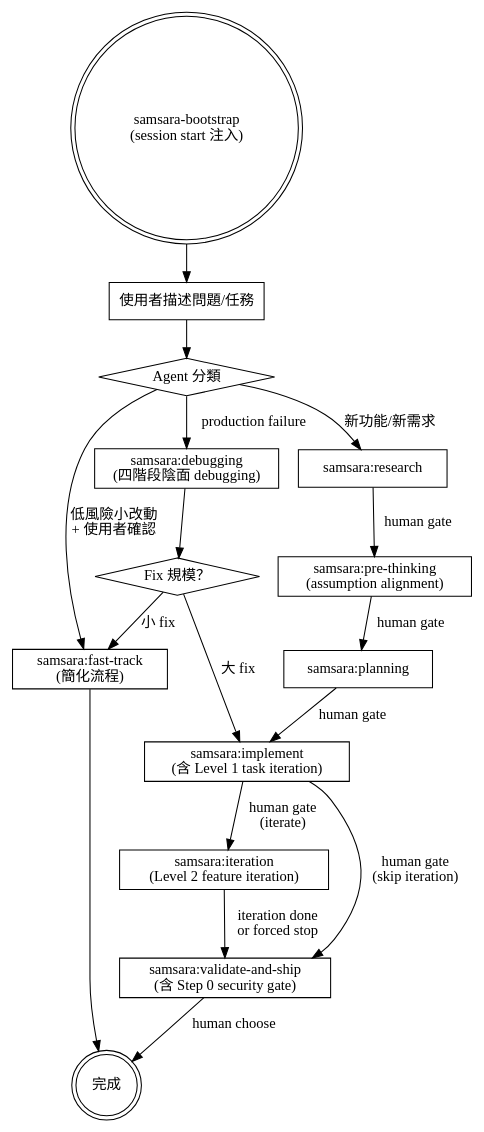
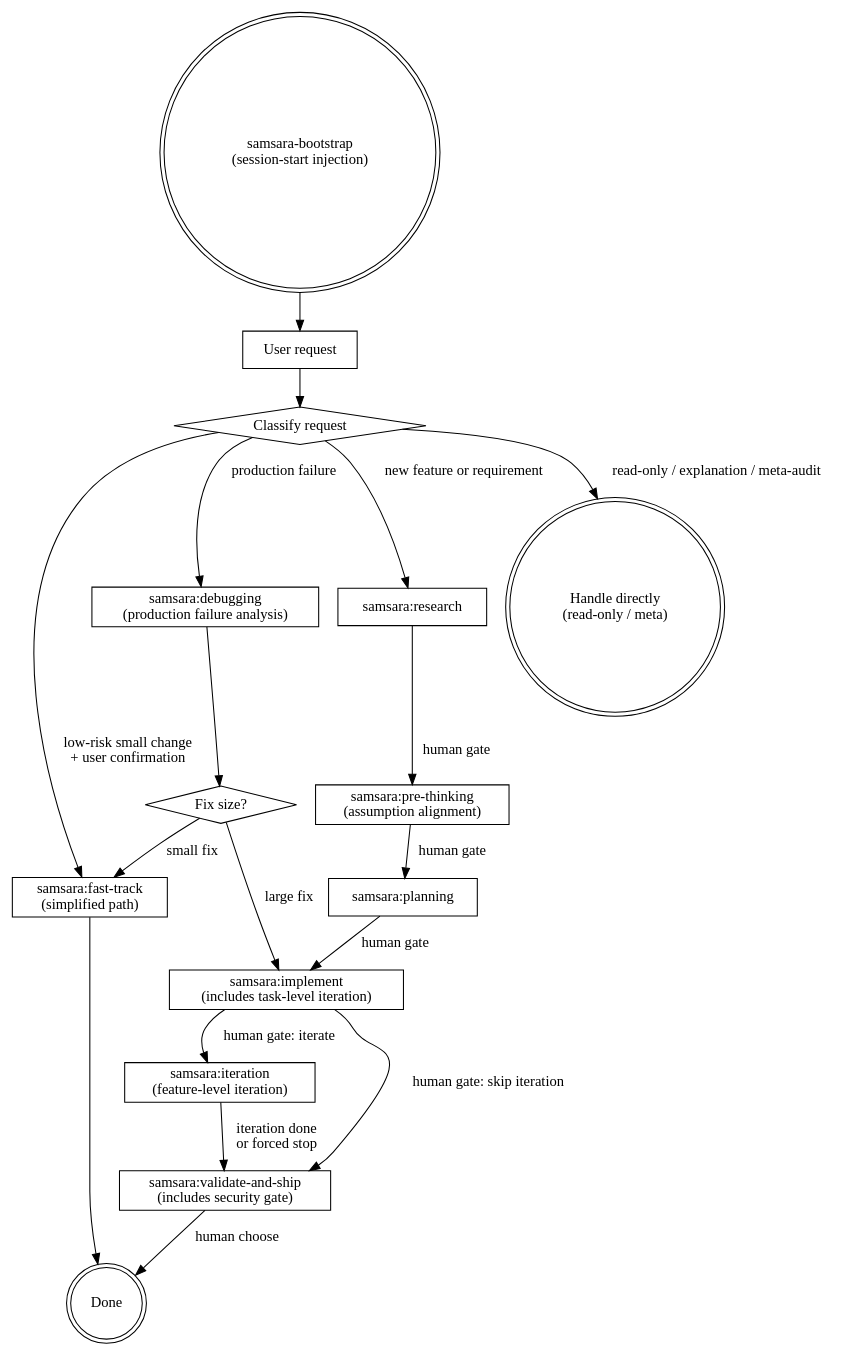
One commit to roymondliao/samsara changed the diagram in skills/samsara-bootstrap/SKILL.md. Above: the diagram before and after it, drawn with Graphviz. The commit also changed other lines of this file and 1 other file, not shown here.

Commit message:
fix(bootstrap): scope workflow routing explicitly

````diff
--- a/skills/samsara-bootstrap/SKILL.md
+++ b/skills/samsara-bootstrap/SKILL.md
@@ -90,41 +114,43 @@
 ```dot
 digraph samsara_routing {
     rankdir=TB;
     node [shape=box];
 
-    bootstrap [label="samsara-bootstrap\n(session start 注入)" shape=doublecircle];
-    input [label="使用者描述問題/任務"];
-    classify [label="Agent 分類" shape=diamond];
+    bootstrap [label="samsara-bootstrap\n(session-start injection)" shape=doublecircle];
+    input [label="User request"];
+    classify [label="Classify request" shape=diamond];
 
-    fast_track [label="samsara:fast-track\n(簡化流程)"];
+    fast_track [label="samsara:fast-track\n(simplified path)"];
     research [label="samsara:research"];
     pre_thinking [label="samsara:pre-thinking\n(assumption alignment)"];
     planning [label="samsara:planning"];
-    implement [label="samsara:implement\n(含 Level 1 task iteration)"];
-    iteration [label="samsara:iteration\n(Level 2 feature iteration)"];
-    validate [label="samsara:validate-and-ship\n(含 Step 0 security gate)"];
-    debugging [label="samsara:debugging\n(四階段陰面 debugging)"];
+    implement [label="samsara:implement\n(includes task-level iteration)"];
+    iteration [label="samsara:iteration\n(feature-level iteration)"];
+    validate [label="samsara:validate-and-ship\n(includes security gate)"];
+    debugging [label="samsara:debugging\n(production failure analysis)"];
+    direct [label="Handle directly\n(read-only / meta)" shape=doublecircle];
 
-    fix_size [label="Fix 規模？" shape=diamond];
-    done [label="完成" shape=doublecircle];
+    fix_size [label="Fix size?" shape=diamond];
+    done [label="Done" shape=doublecircle];
 
     bootstrap -> input;
     input -> classify;
-    classify -> fast_track [label="低風險小改動\n+ 使用者確認"];
-    classify -> research [label="新功能/新需求"];
+    classify -> fast_track [label="low-risk small change\n+ user confirmation"];
+    classify -> research [label="new feature or requirement"];
     classify -> debugging [label="production failure"];
+    classify -> direct [label="read-only / explanation / meta-audit"];
 
     research -> pre_thinking [label="human gate"];
     pre_thinking -> planning [label="human gate"];
     planning -> implement [label="human gate"];
-    implement -> iteration [label="human gate\n(iterate)"];
-    implement -> validate [label="human gate\n(skip iteration)"];
+    implement -> iteration [label="human gate: iterate"];
+    implement -> validate [label="human gate: skip iteration"];
     iteration -> validate [label="iteration done\nor forced stop"];
     validate -> done [label="human choose"];
 
     fast_track -> done;
     debugging -> fix_size;
-    fix_size -> fast_track [label="小 fix"];
-    fix_size -> implement [label="大 fix"];
+    fix_size -> fast_track [label="small fix"];
+    fix_size -> implement [label="large fix"];
 }
 ```
````
